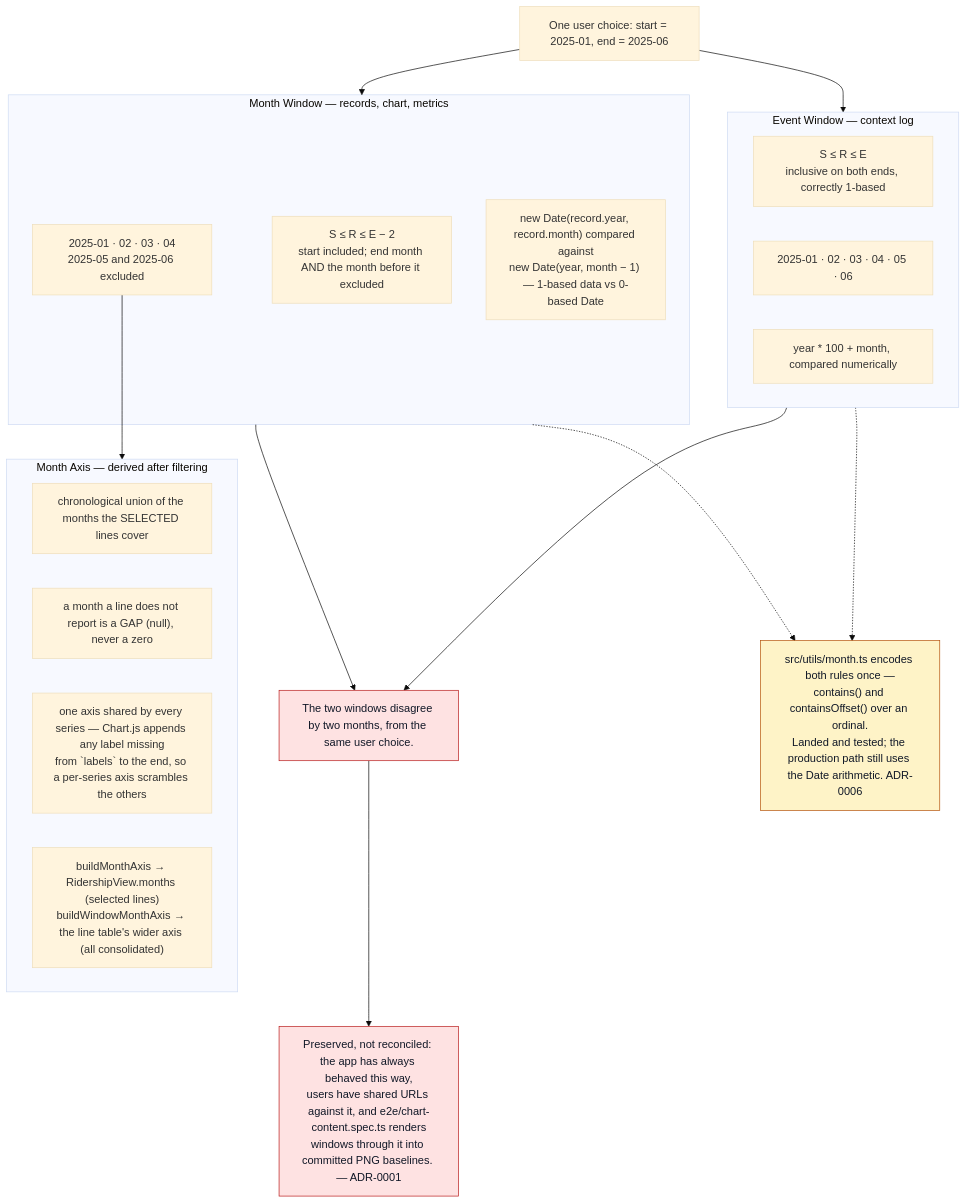
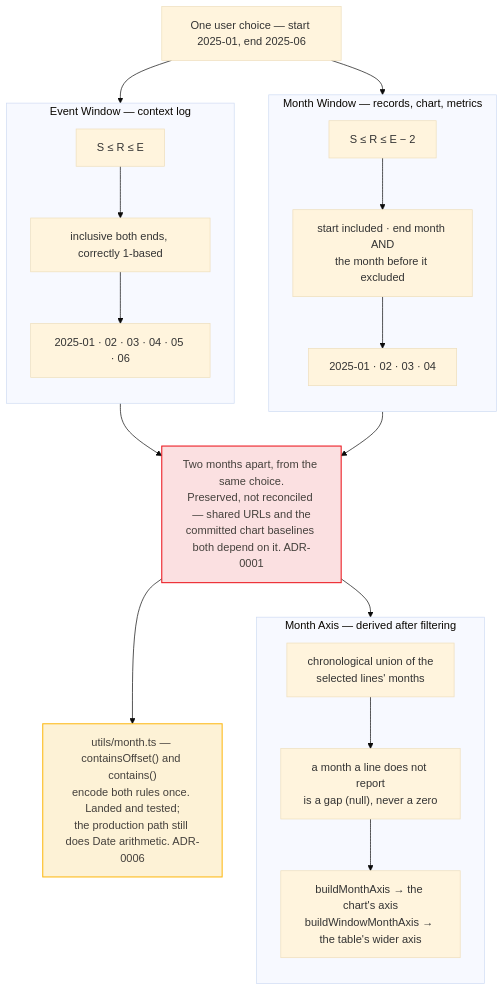
One commit to streetsforall/metro_ridership_app changed diagram 13 of 21 in docs/architecture/diagrams.md. Above: the diagram before and after it, drawn with Mermaid (base theme). The commit also changed other lines of this file and 38 other files, not shown here.

First line of the commit message:
docs: redraw the diagrams in the app's palette, and unstick CLAUDE.md

````diff
--- a/docs/architecture/diagrams.md
+++ b/docs/architecture/diagrams.md
@@ -849,42 +904,44 @@
 ```mermaid
 flowchart TB
-  choice["One user choice: start = 2025-01, end = 2025-06"]
+  choice["One user choice — start 2025-01, end 2025-06"]
 
   subgraph monthWindow["Month Window — records, chart, metrics"]
-    mwRule["S ≤ R ≤ E − 2<br/>start included; end month AND the month before it excluded"]
-    mwMonths["2025-01 · 02 · 03 · 04<br/>2025-05 and 2025-06 excluded"]
-    mwCode["new Date(record.year, record.month) compared against<br/>new Date(year, month − 1) — 1-based data vs 0-based Date"]
+    direction TB
+    mwRule["S ≤ R ≤ E − 2"]
+    mwMeaning["start included · end month AND<br/>the month before it excluded"]
+    mwMonths["2025-01 · 02 · 03 · 04"]
+    mwRule --> mwMeaning --> mwMonths
   end
 
   subgraph eventWindow["Event Window — context log"]
-    ewRule["S ≤ R ≤ E<br/>inclusive on both ends, correctly 1-based"]
+    direction TB
+    ewRule["S ≤ R ≤ E"]
+    ewMeaning["inclusive both ends, correctly 1-based"]
     ewMonths["2025-01 · 02 · 03 · 04 · 05 · 06"]
-    ewCode["year * 100 + month, compared numerically"]
+    ewRule --> ewMeaning --> ewMonths
   end
 
-  disagree["The two windows disagree by two months, from the same user choice."]
-  keep["Preserved, not reconciled: the app has always behaved this way,<br/>users have shared URLs against it, and e2e/chart-content.spec.ts renders<br/>windows through it into committed PNG baselines. — ADR-0001"]
+  keep["Two months apart, from the same choice.<br/>Preserved, not reconciled — shared URLs and the<br/>committed chart baselines both depend on it. ADR-0001"]
 
   subgraph axis["Month Axis — derived after filtering"]
-    axisDef["chronological union of the months the SELECTED lines cover"]
-    axisGap["a month a line does not report is a GAP (null), never a zero"]
-    axisWhy["one axis shared by every series — Chart.js appends any label missing<br/>from `labels` to the end, so a per-series axis scrambles the others"]
-    axisTwo["buildMonthAxis → RidershipView.months (selected lines)<br/>buildWindowMonthAxis → the line table's wider axis (all consolidated)"]
+    direction TB
+    axisDef["chronological union of the<br/>selected lines' months"]
+    axisGap["a month a line does not report<br/>is a gap (null), never a zero"]
+    axisTwo["buildMonthAxis → the chart's axis<br/>buildWindowMonthAxis → the table's wider axis"]
+    axisDef --> axisGap --> axisTwo
   end
 
-  onePlace["src/utils/month.ts encodes both rules once —<br/>contains() and containsOffset() over an ordinal.<br/>Landed and tested; the production path still uses the Date arithmetic. ADR-0006"]
+  onePlace["utils/month.ts — containsOffset() and contains()<br/>encode both rules once. Landed and tested;<br/>the production path still does Date arithmetic. ADR-0006"]
 
   choice --> monthWindow
   choice --> eventWindow
-  monthWindow --> disagree
-  eventWindow --> disagree
-  disagree --> keep
-  mwMonths --> axis
-  monthWindow -.-> onePlace
-  eventWindow -.-> onePlace
+  mwMonths --> keep
+  ewMonths --> keep
+  keep --> axis
+  keep --> onePlace
 
-  classDef warn fill:#fef3c7,stroke:#b45309,color:#111827
-  classDef keepc fill:#fee2e2,stroke:#b91c1c,color:#111827
-  class onePlace warn
-  class keep,disagree keepc
+  classDef cycle fill:#fbe0e1,stroke:#eb131b,stroke-width:1.5px,color:#44403c
+  classDef pending fill:#fdf2d6,stroke:#fdb913,stroke-width:1.5px,color:#44403c
+  class keep cycle
+  class onePlace pending
 ```
````
